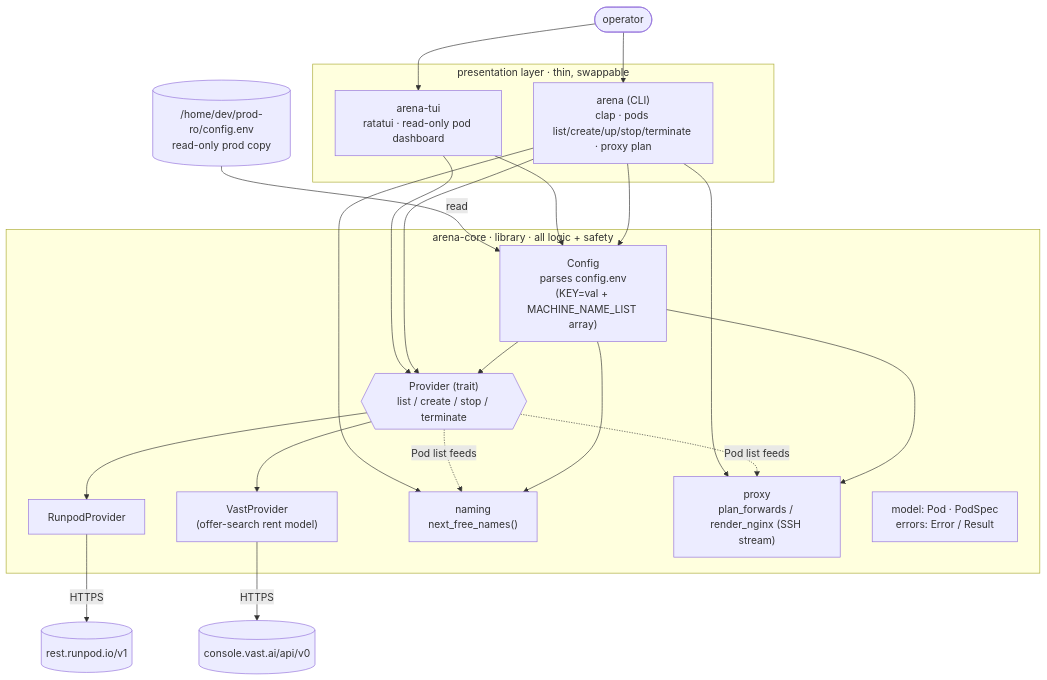
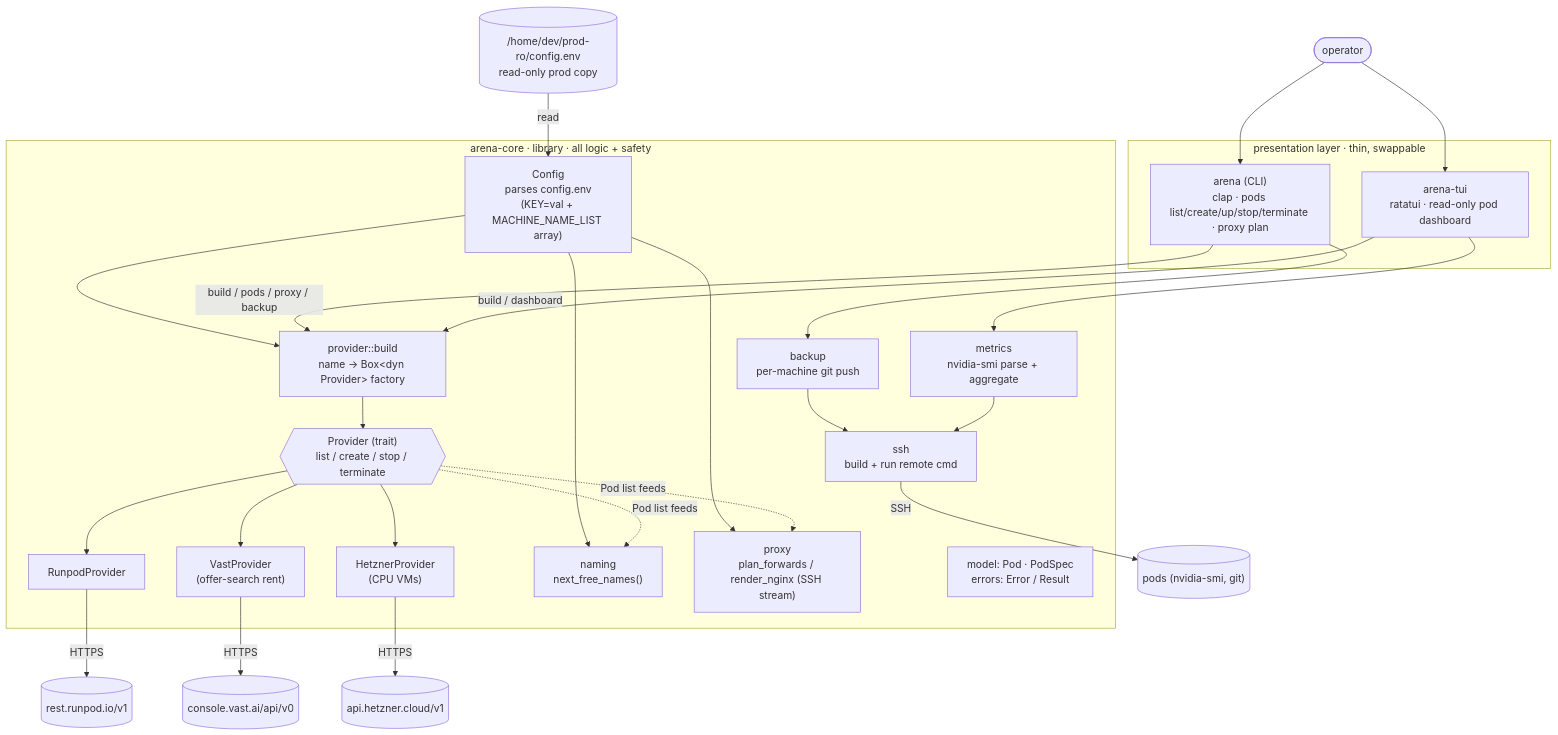
Before and after one commit to nickypro/arena-infra-rs: the diagram in ARCHITECTURE.md, drawn with Mermaid. The commit also changed other lines of this file and 6 other files, not shown here.

First line of the commit message:
Add GPU/progress dashboard: metrics module + provider factory + TUI

````diff
--- a/ARCHITECTURE.md
+++ b/ARCHITECTURE.md
@@ -8,43 +8,52 @@
 ```mermaid
 flowchart TD
     user([operator])
 
     subgraph present[presentation layer · thin, swappable]
         CLI["arena (CLI)<br/>clap · pods list/create/up/stop/terminate · proxy plan"]
         TUI["arena-tui<br/>ratatui · read-only pod dashboard"]
     end
 
     user --> CLI
     user --> TUI
 
     subgraph core[arena-core · library · all logic + safety]
         Config["Config<br/>parses config.env<br/>(KEY=val + MACHINE_NAME_LIST array)"]
+        Build["provider::build<br/>name -> Box&lt;dyn Provider&gt; factory"]
         Provider{{"Provider (trait)<br/>list / create / stop / terminate"}}
         Runpod["RunpodProvider"]
-        Vast["VastProvider<br/>(offer-search rent model)"]
+        Vast["VastProvider<br/>(offer-search rent)"]
+        Hetzner["HetznerProvider<br/>(CPU VMs)"]
         Naming["naming<br/>next_free_names()"]
         Proxy["proxy<br/>plan_forwards / render_nginx (SSH stream)"]
+        Ssh["ssh<br/>build + run remote cmd"]
+        Backup["backup<br/>per-machine git push"]
+        Metrics["metrics<br/>nvidia-smi parse + aggregate"]
         Model["model: Pod · PodSpec<br/>errors: Error / Result"]
 
-        Config --> Provider
+        Config --> Build
+        Build --> Provider
         Provider --> Runpod
         Provider --> Vast
+        Provider --> Hetzner
         Config --> Naming
         Config --> Proxy
+        Backup --> Ssh
+        Metrics --> Ssh
         Provider -.->|"Pod list feeds"| Naming
         Provider -.->|"Pod list feeds"| Proxy
     end
 
-    CLI --> Config
-    CLI --> Provider
-    CLI --> Naming
-    CLI --> Proxy
-    TUI --> Config
-    TUI --> Provider
+    CLI -->|"build / pods / proxy / backup"| Build
+    TUI -->|"build / dashboard"| Build
+    CLI --> Backup
+    TUI --> Metrics
+    Ssh -->|SSH| pods2[("pods (nvidia-smi, git)")]
 
     cfg[("/home/dev/prod-ro/config.env<br/>read-only prod copy")]
     cfg -->|read| Config
 
     Runpod -->|HTTPS| RP[("rest.runpod.io/v1")]
     Vast -->|HTTPS| VA[("console.vast.ai/api/v0")]
+    Hetzner -->|HTTPS| HZ[("api.hetzner.cloud/v1")]
 ```
````
